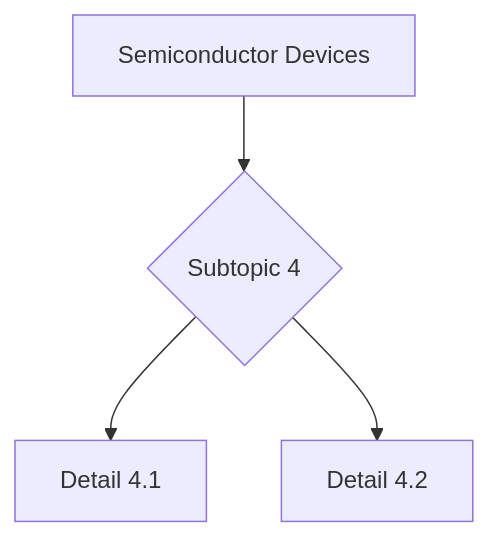
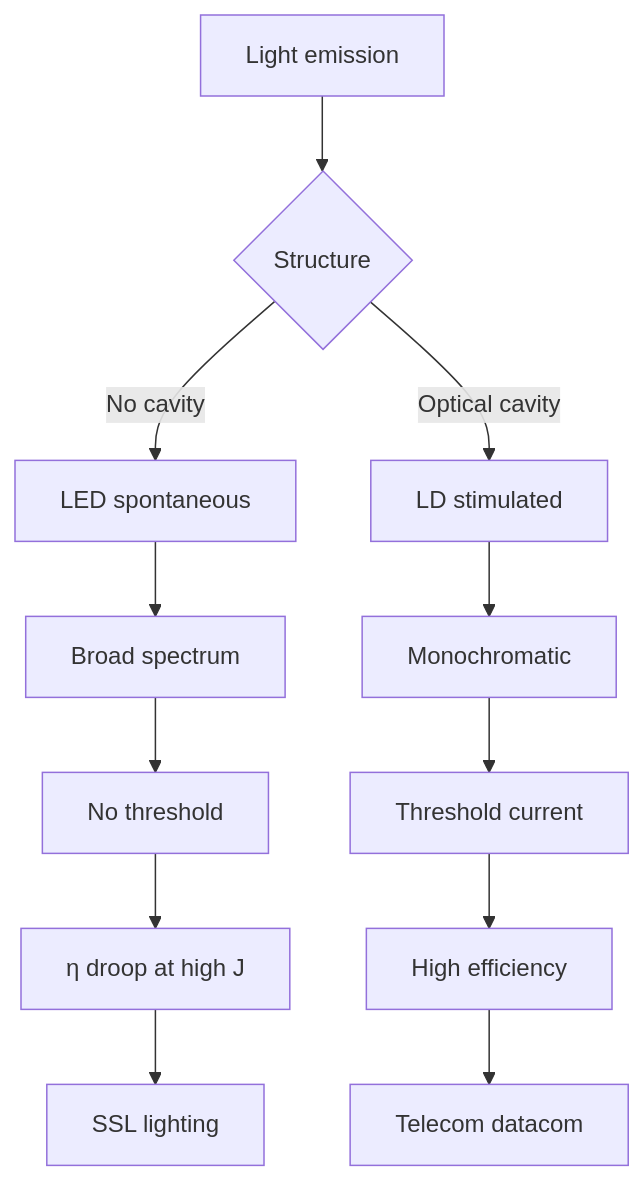
One commit to yip-lgtm/PhysicsSelfStudy changed the ninth of 10 diagrams in 03_MSc_Physics/advanced_materials_concentration/MSPY_5001_Semiconductor_Devices/README.md. Above: the diagram before and after it, drawn with Mermaid. The commit also changed other lines of this file and 21 other files, not shown here.

````diff
--- a/03_MSc_Physics/advanced_materials_concentration/MSPY_5001_Semiconductor_Devices/README.md
+++ b/03_MSc_Physics/advanced_materials_concentration/MSPY_5001_Semiconductor_Devices/README.md
@@ -283,6 +647,14 @@
 ```mermaid
 graph TD
-    A[Semiconductor Devices] --> B{Subtopic 4}
-    B --> C[Detail 4.1]
-    B --> D[Detail 4.2]
+    A[Light emission] --> B{Structure}
+    B -->|No cavity| C[LED spontaneous]
+    B -->|Optical cavity| D[LD stimulated]
+    C --> E[Broad spectrum]
+    D --> F[Monochromatic]
+    E --> G[No threshold]
+    F --> H[Threshold current]
+    G --> I[η droop at high J]
+    H --> J[High efficiency]
+    I --> K[SSL lighting]
+    J --> L[Telecom datacom]
 ```
````
